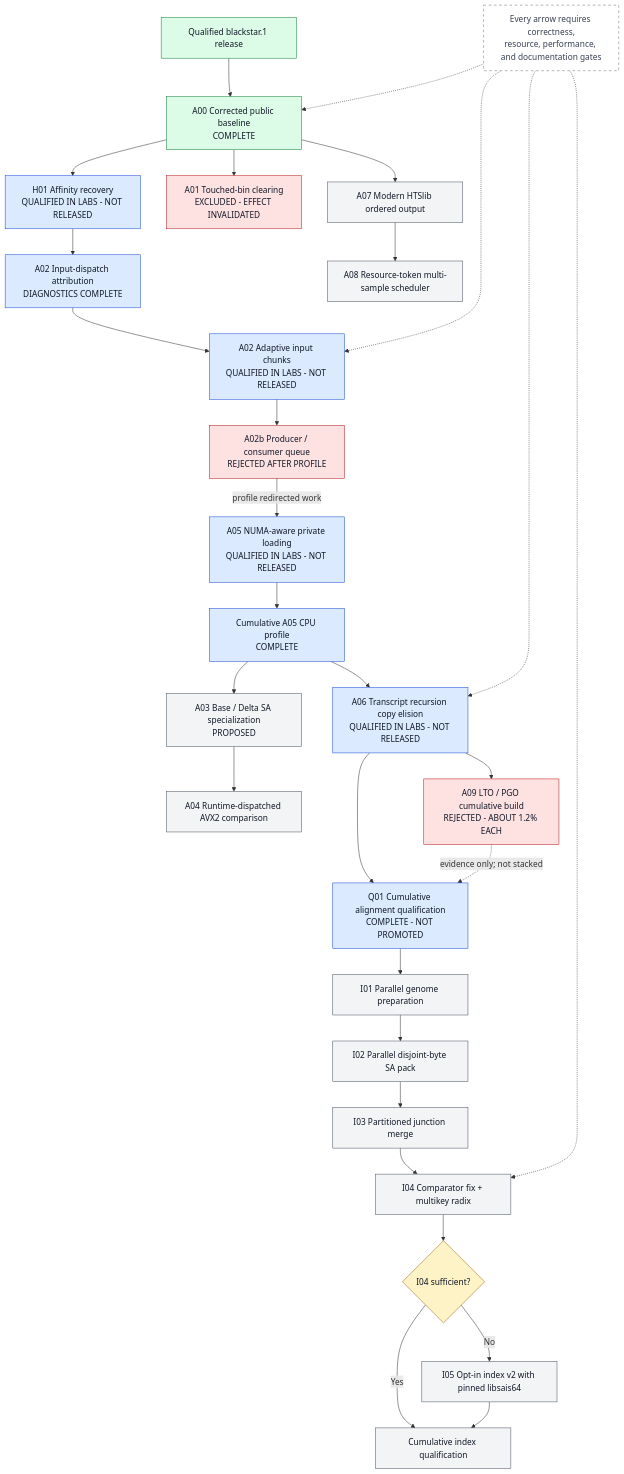
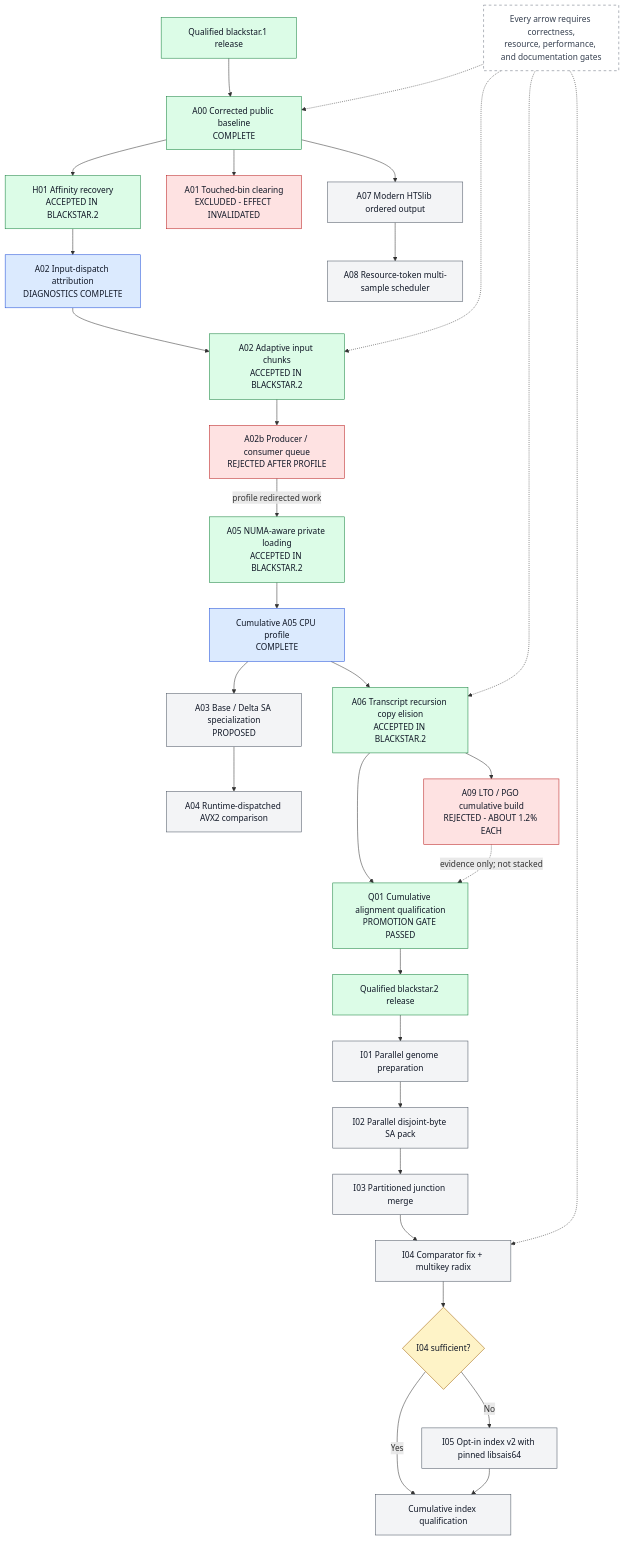
Before and after one commit to justinblethrow-cloud/STAR: the diagram in docs/architecture/diagrams/src/F14-roadmap.mmd, drawn with Mermaid. The commit also changed 52 other files, not shown here.

Commit message:
release: prepare BlackSTAR 2.7.11b-blackstar.2

```diff
--- a/docs/architecture/diagrams/src/F14-roadmap.mmd
+++ b/docs/architecture/diagrams/src/F14-roadmap.mmd
@@ -1,43 +1,44 @@
 flowchart TD
-    RELEASE["Qualified blackstar.1 release"] --> A00["A00 Corrected public baseline<br/>COMPLETE"]
-    A00 --> H01["H01 Affinity recovery<br/>QUALIFIED IN LABS - NOT RELEASED"]
+    RELEASE1["Qualified blackstar.1 release"] --> A00["A00 Corrected public baseline<br/>COMPLETE"]
+    A00 --> H01["H01 Affinity recovery<br/>ACCEPTED IN BLACKSTAR.2"]
     A00 --> A01["A01 Touched-bin clearing<br/>EXCLUDED - EFFECT INVALIDATED"]
     H01 --> A02D["A02 Input-dispatch attribution<br/>DIAGNOSTICS COMPLETE"]
-    A02D --> A02["A02 Adaptive input chunks<br/>QUALIFIED IN LABS - NOT RELEASED"]
+    A02D --> A02["A02 Adaptive input chunks<br/>ACCEPTED IN BLACKSTAR.2"]
     A02 --> A02B["A02b Producer / consumer queue<br/>REJECTED AFTER PROFILE"]
-    A02B -->|profile redirected work| A05["A05 NUMA-aware private loading<br/>QUALIFIED IN LABS - NOT RELEASED"]
+    A02B -->|profile redirected work| A05["A05 NUMA-aware private loading<br/>ACCEPTED IN BLACKSTAR.2"]
     A05 --> PROFILE["Cumulative A05 CPU profile<br/>COMPLETE"]
-    PROFILE --> A06["A06 Transcript recursion copy elision<br/>QUALIFIED IN LABS - NOT RELEASED"]
+    PROFILE --> A06["A06 Transcript recursion copy elision<br/>ACCEPTED IN BLACKSTAR.2"]
     PROFILE --> A03["A03 Base / Delta SA specialization<br/>PROPOSED"]
     A03 --> A04["A04 Runtime-dispatched AVX2 comparison"]
     A00 --> A07["A07 Modern HTSlib ordered output"]
     A07 --> A08["A08 Resource-token multi-sample scheduler"]
     A06 --> A09["A09 LTO / PGO cumulative build<br/>REJECTED - ABOUT 1.2% EACH"]
-    A06 --> QUAL["Q01 Cumulative alignment qualification<br/>COMPLETE - NOT PROMOTED"]
+    A06 --> QUAL["Q01 Cumulative alignment qualification<br/>PROMOTION GATE PASSED"]
     A09 -.->|evidence only; not stacked| QUAL
-    QUAL --> I01["I01 Parallel genome preparation"]
+    QUAL --> RELEASE2["Qualified blackstar.2 release"]
+    RELEASE2 --> I01["I01 Parallel genome preparation"]
     I01 --> I02["I02 Parallel disjoint-byte SA pack"]
     I02 --> I03["I03 Partitioned junction merge"]
     I03 --> I04["I04 Comparator fix + multikey radix"]
     I04 --> DECIDE{"I04 sufficient?"}
     DECIDE -->|Yes| INDEXQUAL["Cumulative index qualification"]
     DECIDE -->|No| I05["I05 Opt-in index v2 with pinned libsais64"]
     I05 --> INDEXQUAL
 
     GATE["Every arrow requires correctness,<br/>resource, performance, and documentation gates"] -.-> A00
     GATE -.-> A02
     GATE -.-> A06
     GATE -.-> I04
 
     classDef accepted fill:#dcfce7,stroke:#15803d,color:#111827;
     classDef active fill:#dbeafe,stroke:#1d4ed8,color:#111827;
     classDef rejected fill:#fee2e2,stroke:#b91c1c,color:#111827;
     classDef proposed fill:#f3f4f6,stroke:#4b5563,color:#111827;
     classDef decision fill:#fef3c7,stroke:#a16207,color:#111827;
     classDef note fill:#ffffff,stroke:#6b7280,color:#374151,stroke-dasharray: 5 5;
-    class RELEASE,A00 accepted;
-    class H01,A02D,A02,A05,PROFILE,A06,QUAL active;
+    class RELEASE1,RELEASE2,A00,H01,A02,A05,A06,QUAL accepted;
+    class A02D,PROFILE active;
     class A01,A02B,A09 rejected;
     class A03,A04,A07,A08,I01,I02,I03,I04,I05,INDEXQUAL proposed;
     class DECIDE decision;
     class GATE note;
```
